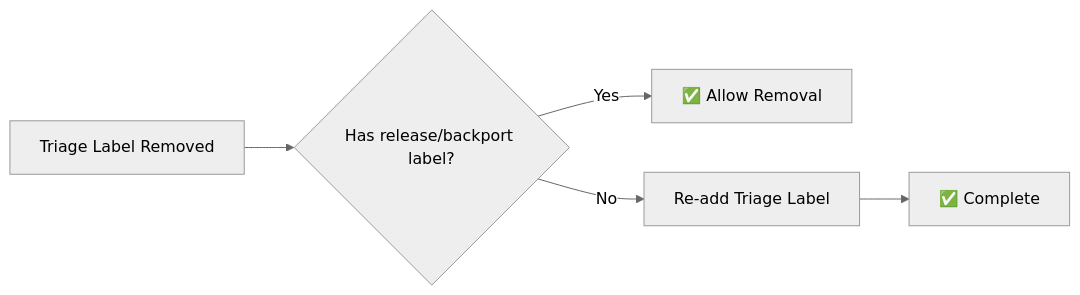
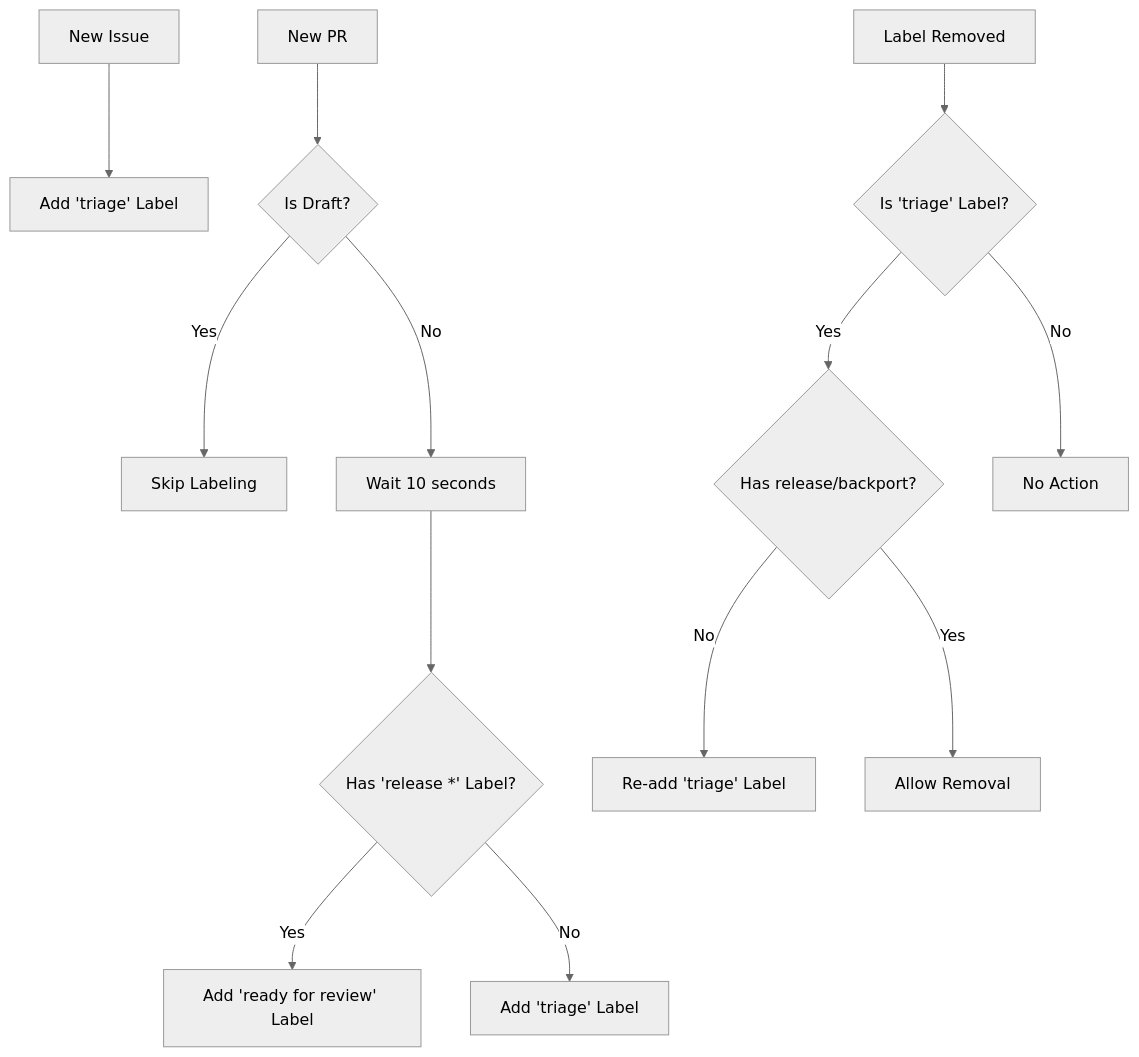
Before and after one commit to thenets/repo-automation: the first of 7 diagrams in README.md, drawn with Mermaid (neutral theme). The commit also changed other lines of this file and 6 other files, not shown here.

````diff
--- a/README.md
+++ b/README.md
@@ -79,7 +68,15 @@
 ```mermaid
-flowchart LR
-    A[Triage Label Removed] --> B{Has release/backport label?}
-    B -->|Yes| C[✅ Allow Removal]
-    B -->|No| D[Re-add Triage Label]
-    D --> E[✅ Complete]
+flowchart TD
+    A[New Issue] --> B[Add 'triage' Label]
+    C[New PR] --> D{Is Draft?}
+    D -->|Yes| E[Skip Labeling]
+    D -->|No| F[Wait 10 seconds]
+    F --> G{Has 'release *' Label?}
+    G -->|Yes| H[Add 'ready for review' Label]
+    G -->|No| I[Add 'triage' Label]
+    J[Label Removed] --> K{Is 'triage' Label?}
+    K -->|Yes| L{Has release/backport?}
+    L -->|No| M[Re-add 'triage' Label]
+    L -->|Yes| N[Allow Removal]
+    K -->|No| O[No Action]
 ```
````
